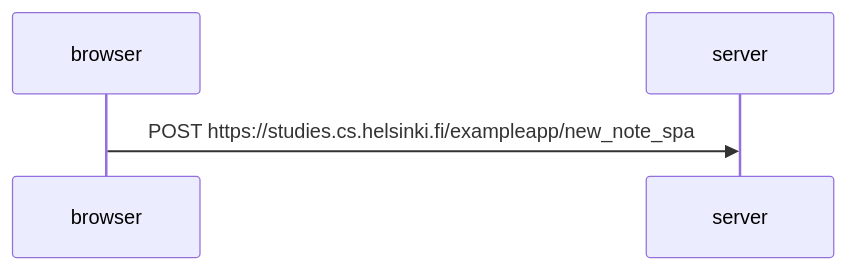
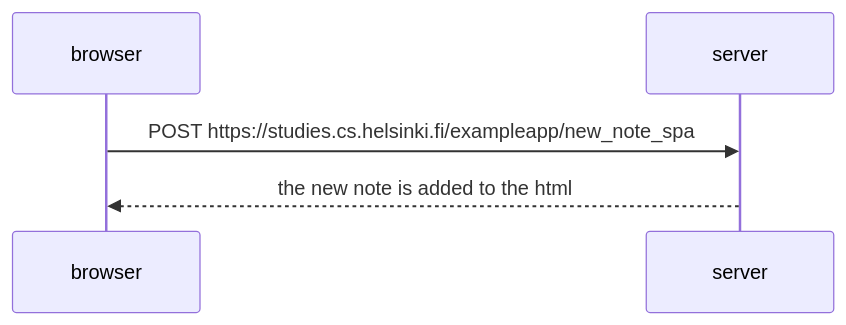
Before and after one commit to mateoguevaraa/FullStackOpen: the diagram in part0/0-6.md, drawn with Mermaid.

Commit message:
0.6 ready

````diff
--- a/part0/0-6.md
+++ b/part0/0-6.md
@@ -1,7 +1,8 @@
 ```mermaid
 sequenceDiagram
     participant browser
     participant server
 
     browser->>server: POST https://studies.cs.helsinki.fi/exampleapp/new_note_spa
+    server-->>browser: the new note is added to the html
 ```
````
